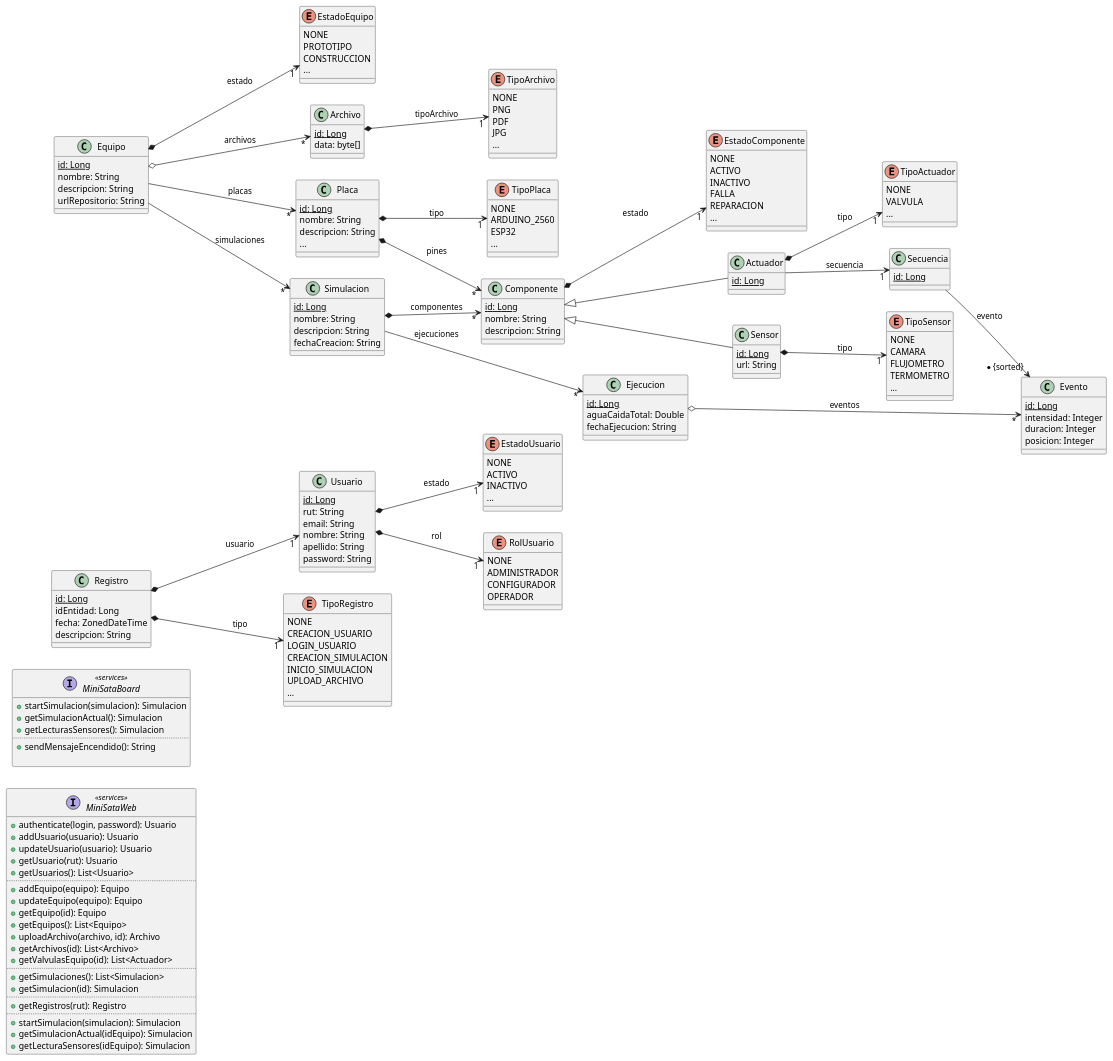
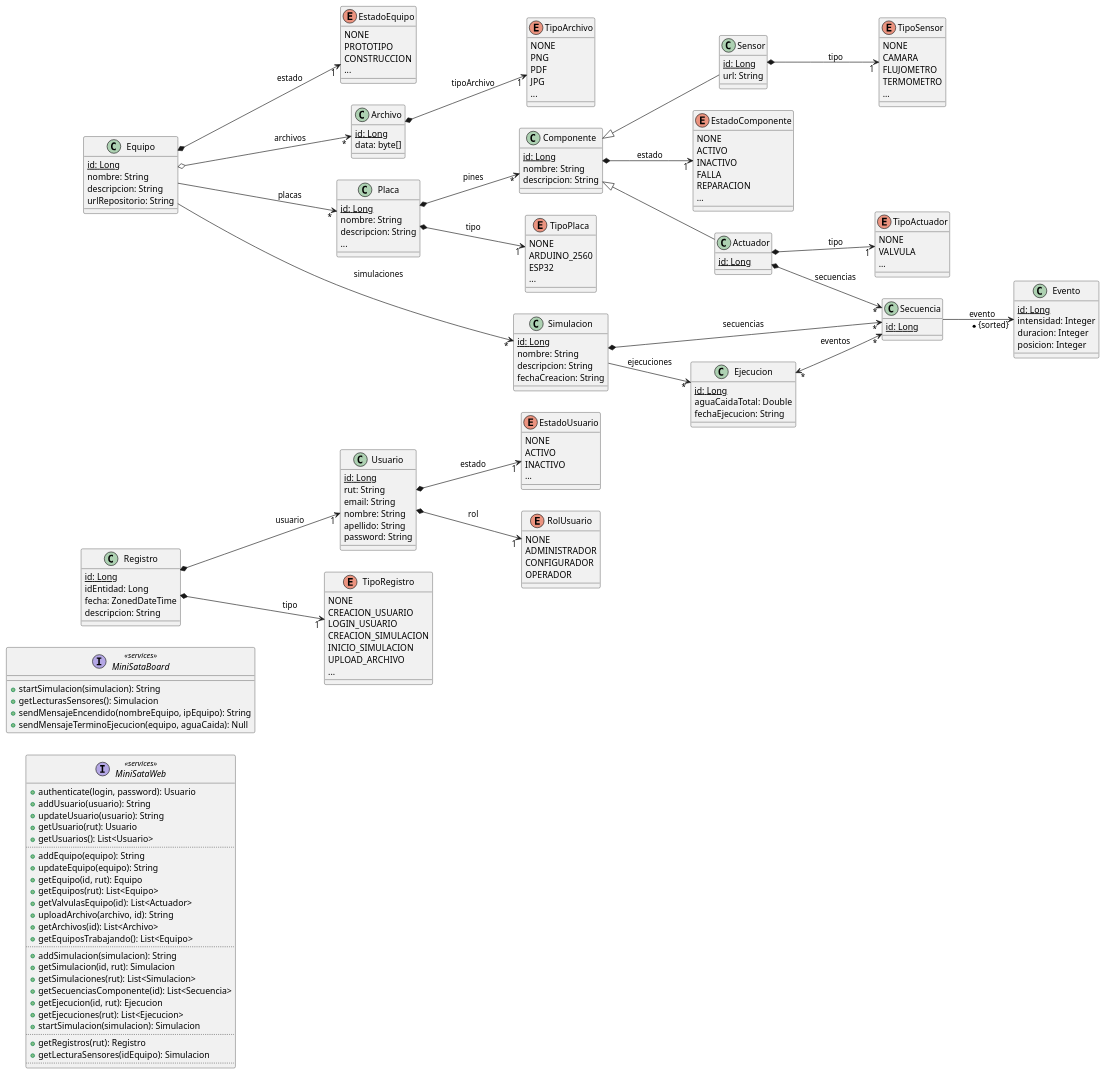
The diagram in minisataBackendComponent/domain.puml (mylo-rovel/avances-secretos), drawn with PlantUML before and after one commit. The commit also changed 16 other files, not shown here.

```diff
--- a/minisataBackendComponent/domain.puml
+++ b/minisataBackendComponent/domain.puml
@@ -3,37 +3,40 @@
 
 interface MiniSataWeb <<services>> {
     + authenticate(login, password): Usuario
-    + addUsuario(usuario): Usuario
-    + updateUsuario(usuario): Usuario
+    + addUsuario(usuario): String
+    + updateUsuario(usuario): String
     + getUsuario(rut): Usuario
     + getUsuarios(): List<Usuario>
     ..
-    + addEquipo(equipo): Equipo
-    + updateEquipo(equipo): Equipo
-    + getEquipo(id): Equipo
-    + getEquipos(): List<Equipo>
-    + uploadArchivo(archivo, id): Archivo
+    + addEquipo(equipo): String
+    + updateEquipo(equipo): String
+    + getEquipo(id, rut): Equipo
+    + getEquipos(rut): List<Equipo>
+    + getValvulasEquipo(id): List<Actuador>
+    + uploadArchivo(archivo, id): String
     + getArchivos(id): List<Archivo>
-    + getValvulasEquipo(id): List<Actuador>
+    + getEquiposTrabajando(): List<Equipo>
     ..
-    + getSimulaciones(): List<Simulacion>
-    + getSimulacion(id): Simulacion
+    + addSimulacion(simulacion): String
+    + getSimulacion(id, rut): Simulacion
+    + getSimulaciones(rut): List<Simulacion>
+    + getSecuenciasComponente(id): List<Secuencia>
+    + getEjecucion(id, rut): Ejecucion
+    + getEjecuciones(rut): List<Ejecucion>
+    + startSimulacion(simulacion): Simulacion
     ..
     + getRegistros(rut): Registro
+    + getLecturaSensores(idEquipo): Simulacion
     ..
-    + startSimulacion(simulacion): Simulacion
-    + getSimulacionActual(idEquipo): Simulacion
-    + getLecturaSensores(idEquipo): Simulacion
 }
 
 interface MiniSataBoard <<services>> {
     /'+ retrieveComponente(id): Componente
     ..'/
-    + startSimulacion(simulacion): Simulacion
-    + getSimulacionActual(): Simulacion
+    + startSimulacion(simulacion): String
     + getLecturasSensores(): Simulacion
-    ..
-    + sendMensajeEncendido(): String
+    + sendMensajeEncendido(nombreEquipo, ipEquipo): String
+    + sendMensajeTerminoEjecucion(equipo, aguaCaida): Null
 
 }
 
@@ -210,12 +213,15 @@
 Actuador *--> "1" TipoActuador: tipo
 Sensor *--> "1" TipoSensor: tipo
 
-Actuador --> "1" Secuencia: secuencia
 Secuencia --> "* {sorted}" Evento: evento
+'
+'Simulacion *--> "*" Componente: componentes
+'Actuador --> "1" Secuencia: secuencia
+Simulacion *--> "*" Secuencia: secuencias
+Actuador *--> "*" Secuencia: secuencias
 
-Simulacion *--> "*" Componente: componentes
 Simulacion --> "*" Ejecucion: ejecuciones
-Ejecucion o--> "*" Evento: eventos
+Ejecucion "*"<-->"*" Secuencia: eventos
 
 Registro *--> "1" Usuario: usuario
 Registro *--> "1" TipoRegistro: tipo
```
